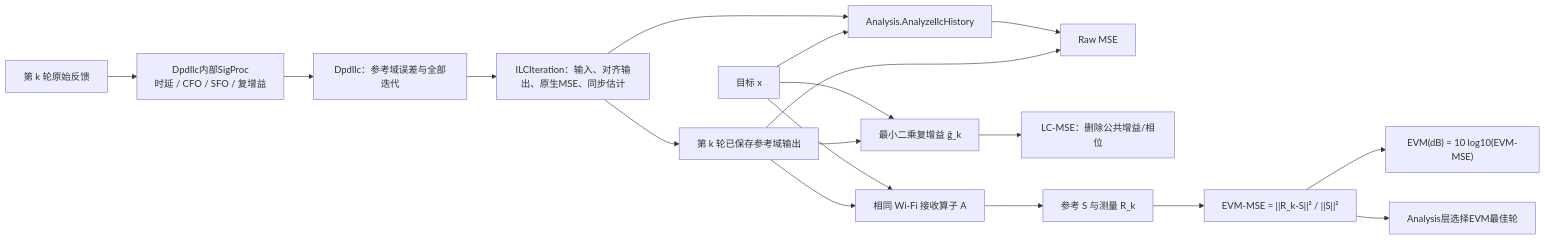
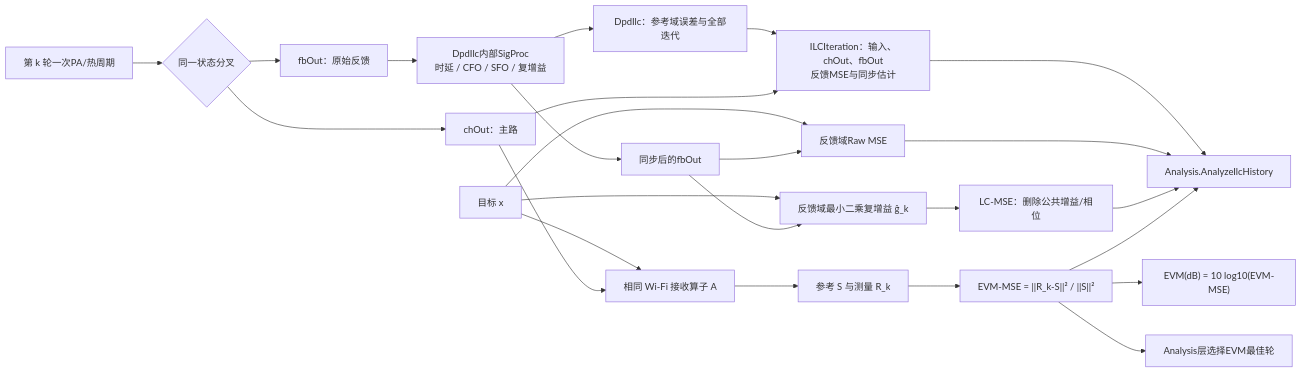
One commit to niyilu45/DPD_ILC changed the sixth of 9 diagrams in doc/Analysis.md. Above: the diagram before and after it, drawn with Mermaid. The commit also changed other lines of this file and 19 other files, not shown here.

Commit message:
Return channel and feedback outputs

````diff
--- a/doc/Analysis.md
+++ b/doc/Analysis.md
@@ -1178,20 +1178,26 @@
 ```mermaid
 flowchart LR
-    capture["第 k 轮原始反馈"] --> ilcSync["DpdIlc内部SigProc<br/>时延 / CFO / SFO / 复增益"]
+    plant["第 k 轮一次PA/热周期"] --> branch{"同一状态分叉"}
+    branch --> channelOutput["chOut：主路"]
+    branch --> capture["fbOut：原始反馈"]
+    capture --> ilcSync["DpdIlc内部SigProc<br/>时延 / CFO / SFO / 复增益"]
     ilcSync --> ilc["DpdIlc：参考域误差与全部迭代"]
-    ilc --> history["ILCIteration：输入、对齐输出、原生MSE、同步估计"]
+    ilc --> history["ILCIteration：输入、chOut、fbOut<br/>反馈MSE与同步估计"]
+    channelOutput --> history
     history --> postAnalysis["Analysis.AnalyzeIlcHistory"]
-    history --> feedback["第 k 轮已保存参考域输出"]
-    reference["目标 x"] --> postAnalysis
-    postAnalysis --> raw["Raw MSE"]
-    feedback --> raw
-    reference --> ls["最小二乘复增益 ĝ_k"]
-    feedback --> ls
+    ilcSync --> alignedFeedback["同步后的fbOut"]
+    reference["目标 x"] --> raw["反馈域Raw MSE"]
+    alignedFeedback --> raw
+    reference --> ls["反馈域最小二乘复增益 ĝ_k"]
+    alignedFeedback --> ls
     ls --> lc["LC-MSE：删除公共增益/相位"]
     reference --> receiver["相同 Wi-Fi 接收算子 A"]
-    feedback --> receiver
+    channelOutput --> receiver
     receiver --> tones["参考 S 与测量 R_k"]
     tones --> evmMse["EVM-MSE = ||R_k-S||² / ||S||²"]
+    raw --> postAnalysis
+    lc --> postAnalysis
+    evmMse --> postAnalysis
     evmMse --> identity["EVM(dB) = 10 log10(EVM-MSE)"]
     evmMse --> best["Analysis层选择EVM最佳轮"]
 ```
````
